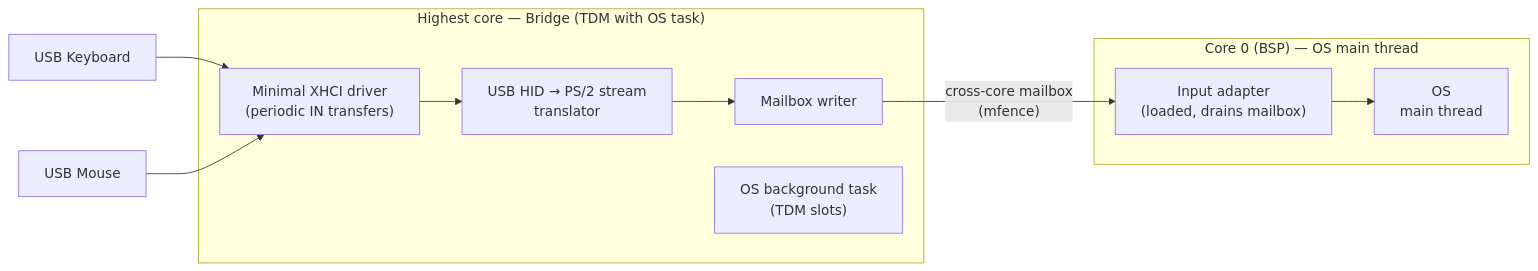
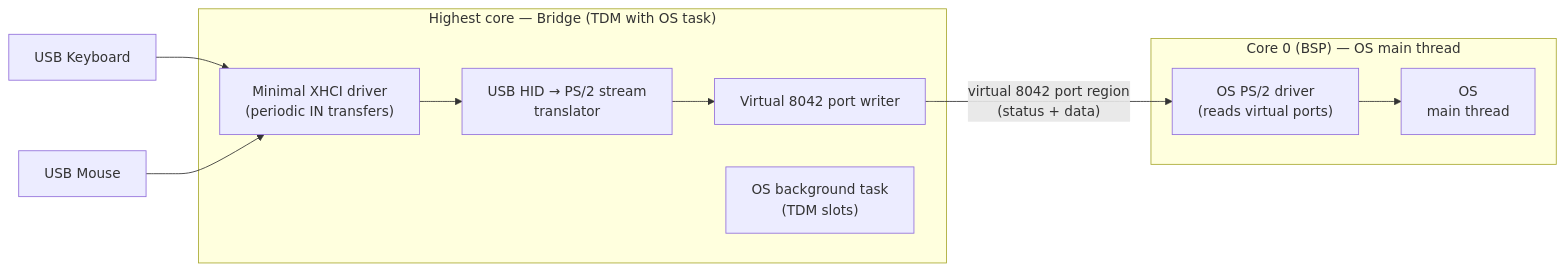
The first of 2 diagrams in docs/architecture.md (matjp/USB-Serial-Bridge), drawn with Mermaid before and after one commit. The commit also changed other lines of this file and 1 other file, not shown here.

Commit message:
Update docs to reflect virtual 8042 port design (replace mailbox ABI)

````diff
--- a/docs/architecture.md
+++ b/docs/architecture.md
@@ -83,18 +86,18 @@
 ```mermaid
 flowchart LR
     subgraph C0["Core 0 (BSP) — OS main thread"]
-        ADAPT["Input adapter\n(loaded, drains mailbox)"]
         OS["OS\nmain thread"]
-        ADAPT --> OS
+        PS2["OS PS/2 driver\n(reads virtual ports)"]
+        PS2 --> OS
     end
     subgraph CN["Highest core — Bridge (TDM with OS task)"]
         XHCI["Minimal XHCI driver\n(periodic IN transfers)"]
         HID["USB HID → PS/2 stream\ntranslator"]
-        WR["Mailbox writer"]
+        WR["Virtual 8042 port writer"]
         OSTASK["OS background task\n(TDM slots)"]
     end
     USBK["USB Keyboard"] --> XHCI
     USBM["USB Mouse"] --> XHCI
     XHCI --> HID --> WR
-    WR -->|"cross-core mailbox\n(mfence)"| ADAPT
+    WR -->|"virtual 8042 port region\n(status + data)"| PS2
 ```
````
